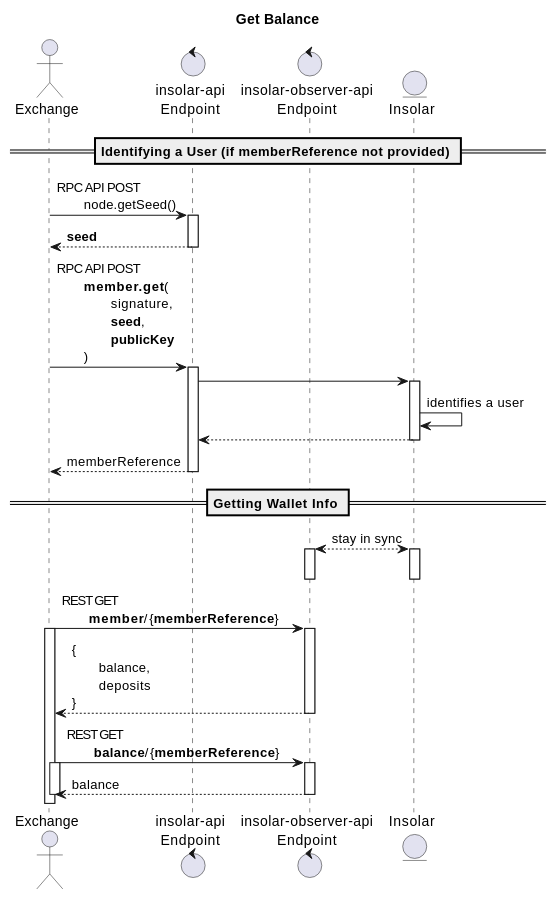
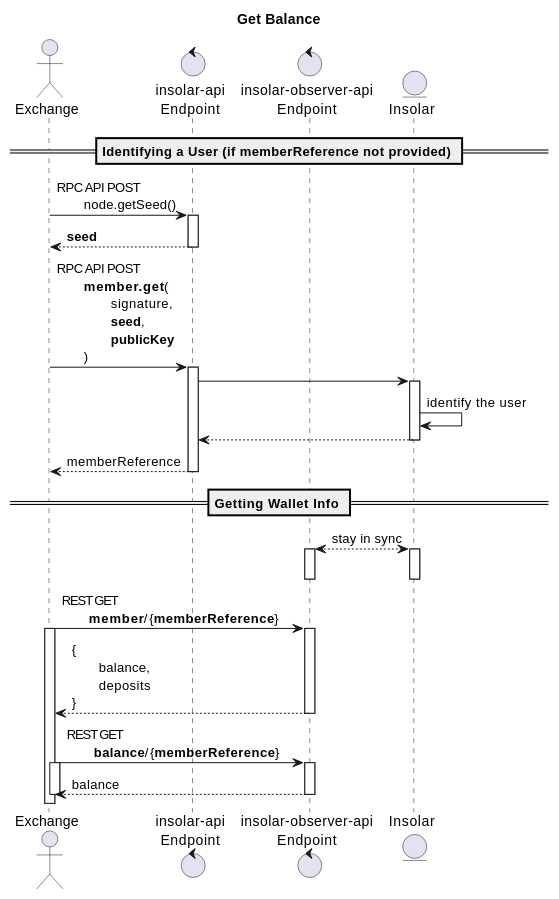
The third of 4 diagrams in docs/source/use-cases.rst (insolar/docs), drawn with PlantUML before and after one commit. The commit also changed other lines of this file and 20 other files, not shown here.

First line of the commit message:
update graphic files that show Insolar Wallet interface, update text … (#5)

```diff
--- a/docs/source/use-cases.rst
+++ b/docs/source/use-cases.rst
@@ -131,43 +131,43 @@
 .. uml::
 
    @startuml
    skinparam componentStyle uml2
    skinparam shadowing false
 
    title Get Balance
 
    actor "Exchange" as E
    control "insolar-api\nEndpoint" as RPC
    control "insolar-observer-api\nEndpoint" as REST
    entity "Insolar" as Ins
 
    == Identifying a User (if memberReference not provided) ==
    E -> RPC : RPC API POST\n\tnode.getSeed()
    activate RPC
    return <b>seed</b>
    E -> RPC : RPC API POST\n\t<b>member.get</b>(\n\t\tsignature,\n\t\t<b>seed</b>,\n\t\t<b>publicKey</b>\n\t)
    activate RPC
    RPC -> Ins
    activate Ins
-   Ins -> Ins : identifies a user
+   Ins -> Ins : identify the user
    return
    return memberReference
 
 
    == Getting Wallet Info ==
    Ins <--> REST : stay in sync
    activate Ins
    activate REST
    deactivate REST
    deactivate Ins
    E -> REST: REST GET\n\t<b>member</b>/{<b>memberReference</b>}
    activate E
    activate REST
    return {\n\tbalance,\n\tdeposits\n}
    E -> REST: REST GET\n\t<b>balance</b>/{<b>memberReference</b>}
    activate E
    activate REST
    return balance
    deactivate E
 
    @enduml
```
